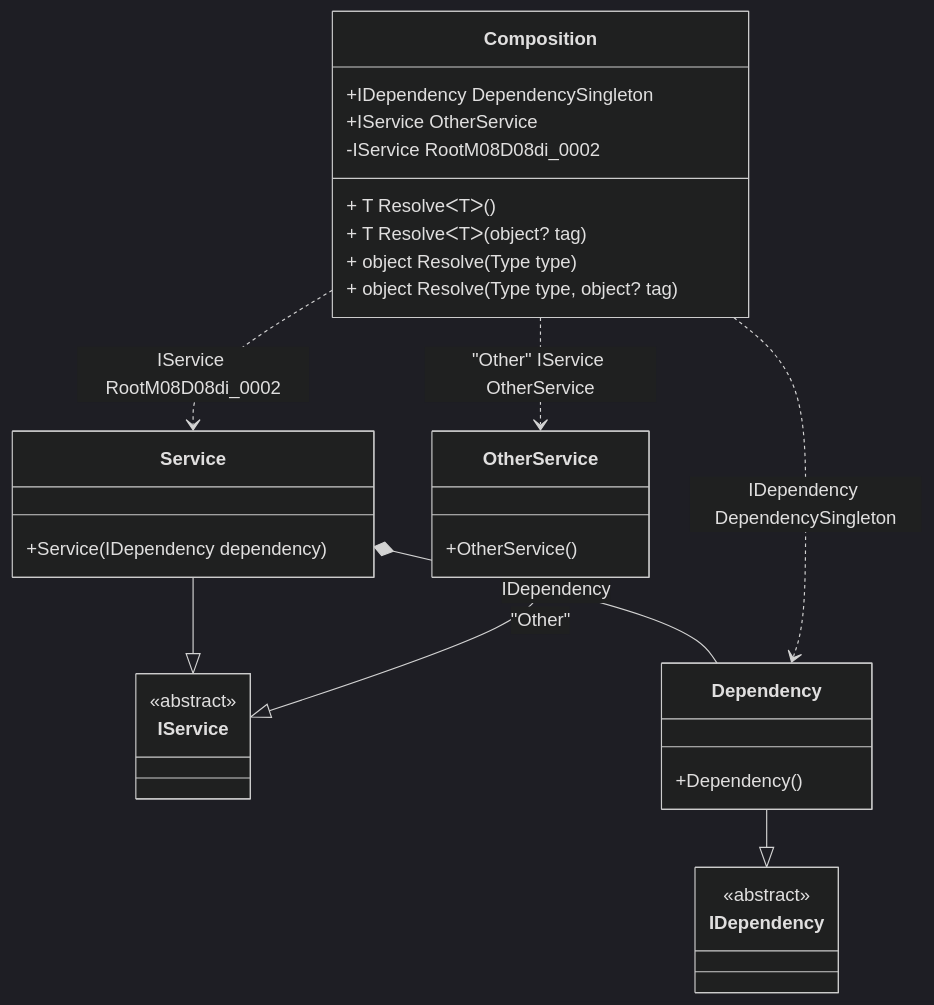
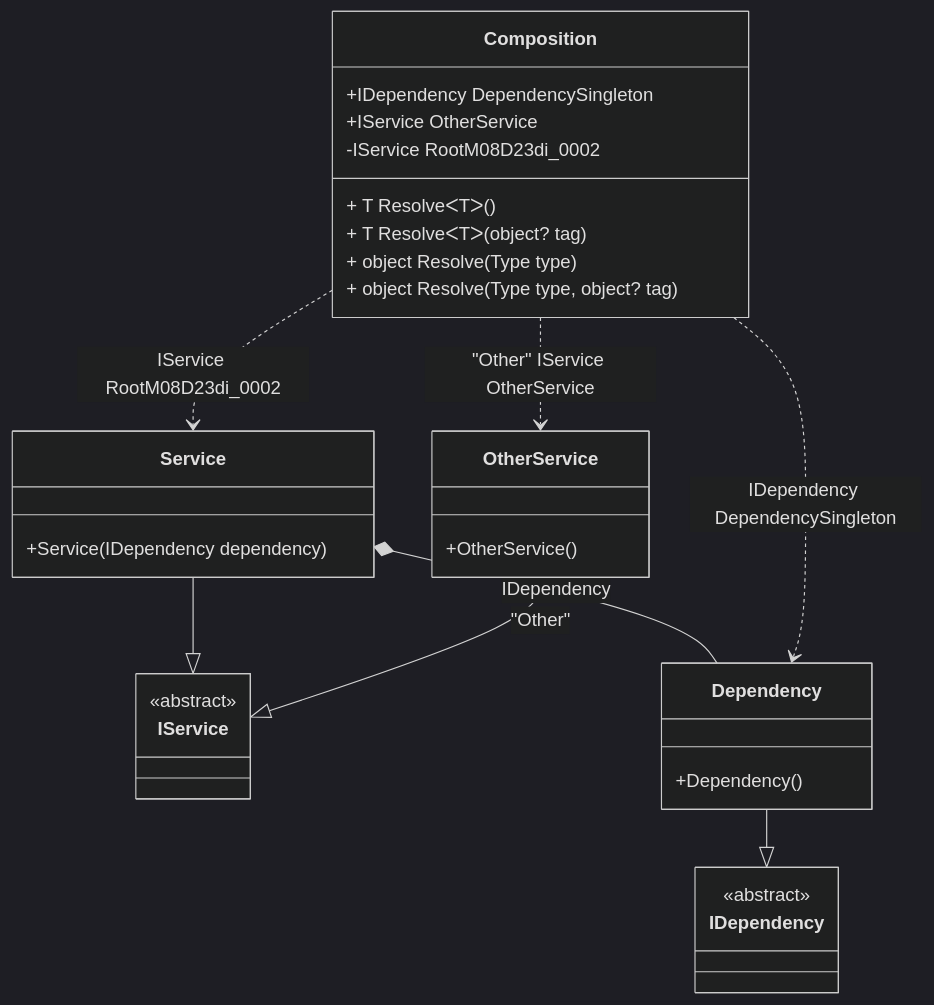
The diagram in readme/resolve-methods.md (DevTeam/Pure.DI), drawn with Mermaid (dark theme) before and after one commit. The commit also changed other lines of this file and 63 other files, not shown here.

````diff
--- a/readme/resolve-methods.md
+++ b/readme/resolve-methods.md
@@ -47,34 +47,34 @@
 ```mermaid
 classDiagram
   class Composition {
     +IDependency DependencySingleton
     +IService OtherService
-    -IService RootM08D08di_0002
+    -IService RootM08D23di_0002
     + T ResolveᐸTᐳ()
     + T ResolveᐸTᐳ(object? tag)
     + object Resolve(Type type)
     + object Resolve(Type type, object? tag)
   }
   Service --|> IService : 
   class Service {
     +Service(IDependency dependency)
   }
   Dependency --|> IDependency : 
   class Dependency {
     +Dependency()
   }
   OtherService --|> IService : "Other" 
   class OtherService {
     +OtherService()
   }
   class IService {
     <<abstract>>
   }
   class IDependency {
     <<abstract>>
   }
   Service *--  Dependency : IDependency
   Composition ..> Dependency : IDependency DependencySingleton
-  Composition ..> Service : IService RootM08D08di_0002
+  Composition ..> Service : IService RootM08D23di_0002
   Composition ..> OtherService : "Other" IService OtherService
 ```
````
